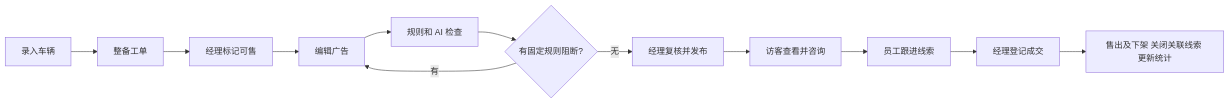
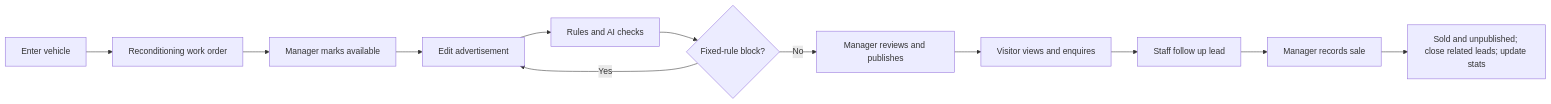
The diagram in design/02-Workflows-and-Screens.md (YUANDONG-YANG/DealerOps), drawn with Mermaid before and after one commit. The commit also changed other lines of this file and 36 other files, not shown here.

````diff
--- a/design/02-Workflows-and-Screens.md
+++ b/design/02-Workflows-and-Screens.md
@@ -7,14 +7,14 @@
 ```mermaid
 flowchart LR
-  A[录入车辆] --> B[整备工单]
-  B --> C[经理标记可售]
-  C --> D[编辑广告]
-  D --> E[规则和 AI 检查]
-  E --> F{有固定规则阻断?}
-  F -- 有 --> D
-  F -- 无 --> G[经理复核并发布]
-  G --> H[访客查看并咨询]
-  H --> I[员工跟进线索]
-  I --> J[经理登记成交]
-  J --> K[售出及下架 关闭关联线索 更新统计]
+  A[Enter vehicle] --> B[Reconditioning work order]
+  B --> C[Manager marks available]
+  C --> D[Edit advertisement]
+  D --> E[Rules and AI checks]
+  E --> F{Fixed-rule block?}
+  F -- Yes --> D
+  F -- No --> G[Manager reviews and publishes]
+  G --> H[Visitor views and enquires]
+  H --> I[Staff follow up lead]
+  I --> J[Manager records sale]
+  J --> K[Sold and unpublished; close related leads; update stats]
 ```
````
